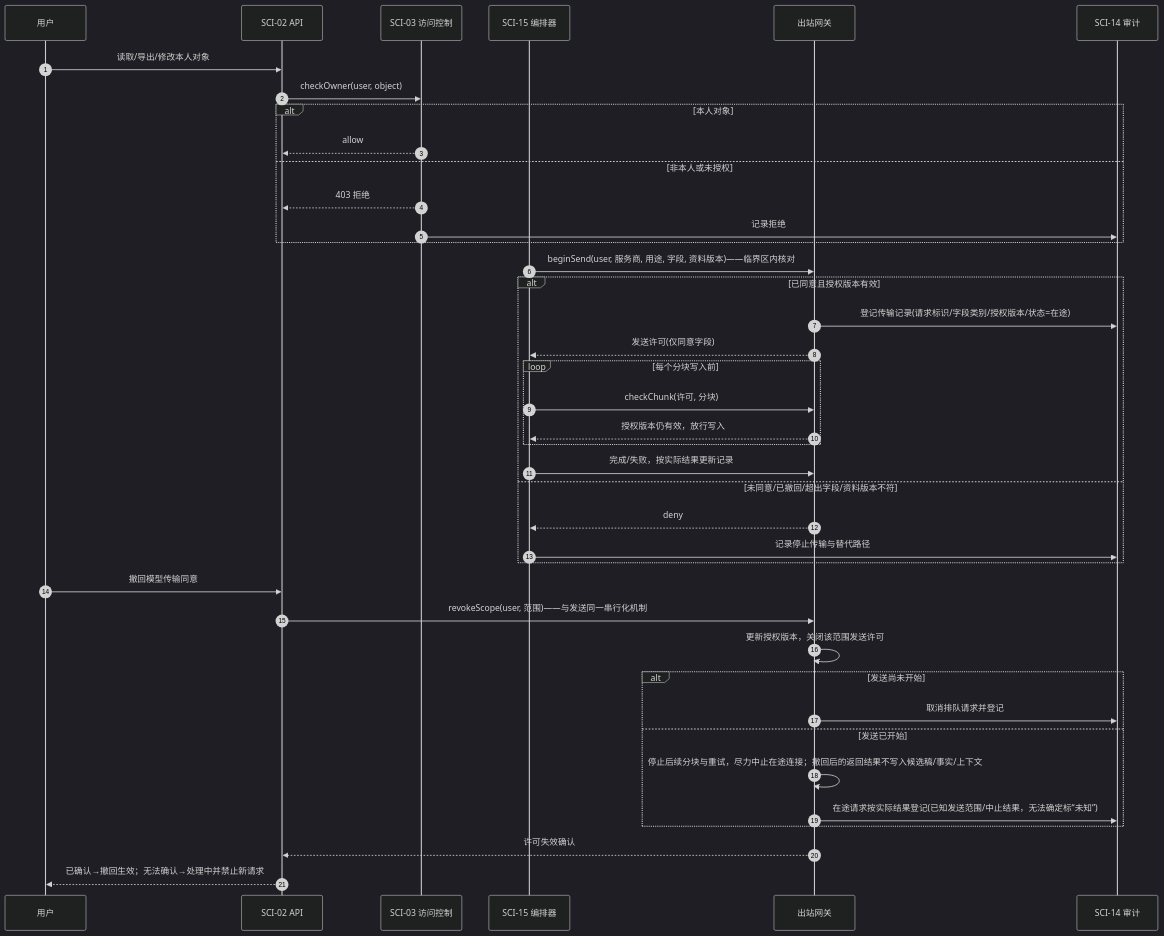
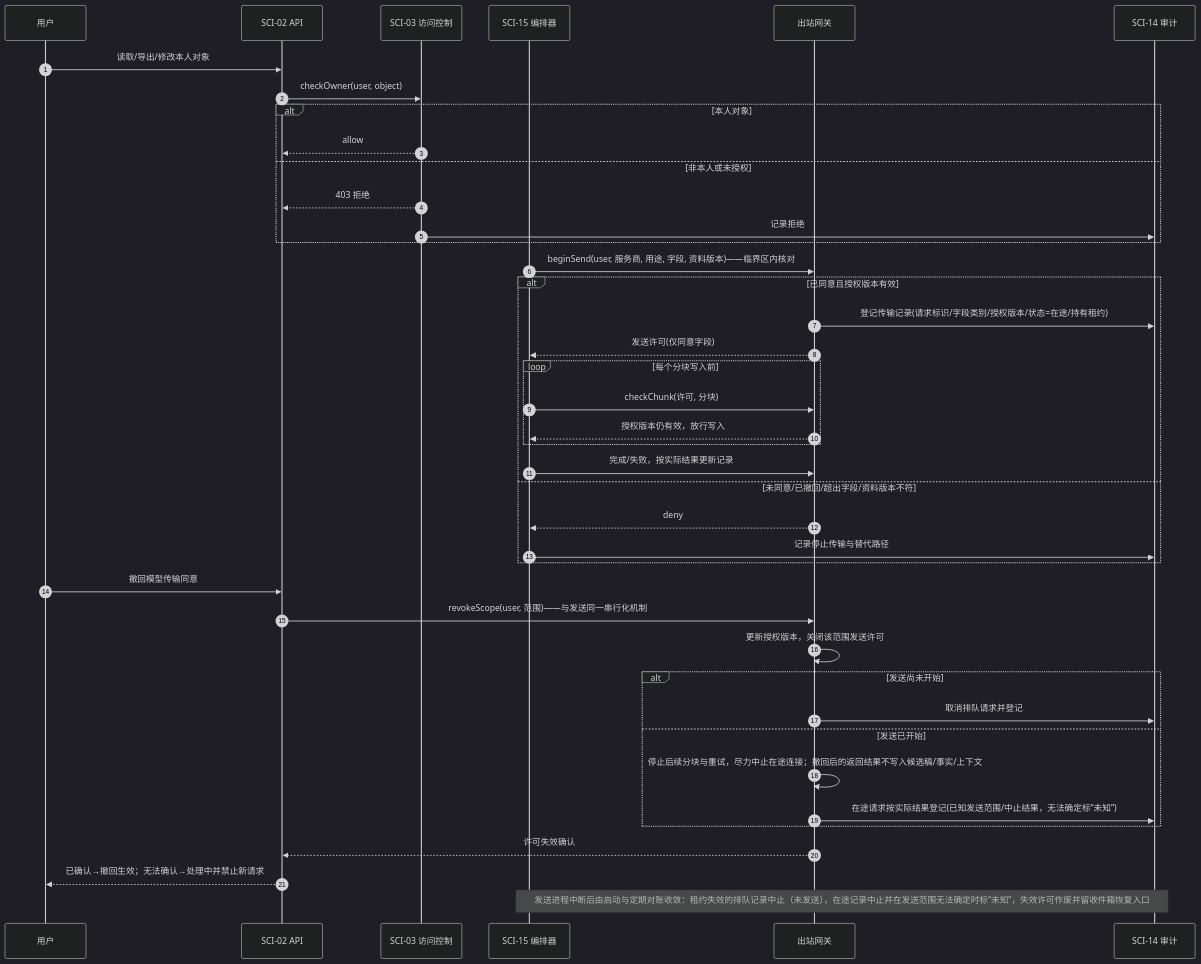
Before and after one commit to LotteryCamp/OfferPilot: diagram 18 of 23 in docs/design/system-design/offerpilot-system-design.md, drawn with Mermaid (dark theme). The commit also changed other lines of this file, not shown here.

````diff
--- a/docs/design/system-design/offerpilot-system-design.md
+++ b/docs/design/system-design/offerpilot-system-design.md
@@ -1502,42 +1505,43 @@
 ```mermaid
 sequenceDiagram
     autonumber
     participant USR as 用户
     participant API as SCI-02 API
     participant AU as SCI-03 访问控制
     participant AG as SCI-15 编排器
     participant GW as 出站网关
     participant AUD as SCI-14 审计
     USR->>API: 读取/导出/修改本人对象
     API->>AU: checkOwner(user, object)
     alt 本人对象
         AU-->>API: allow
     else 非本人或未授权
         AU-->>API: 403 拒绝
         AU->>AUD: 记录拒绝
     end
     AG->>GW: beginSend(user, 服务商, 用途, 字段, 资料版本)——临界区内核对
     alt 已同意且授权版本有效
-        GW->>AUD: 登记传输记录(请求标识/字段类别/授权版本/状态=在途)
+        GW->>AUD: 登记传输记录(请求标识/字段类别/授权版本/状态=在途/持有租约)
         GW-->>AG: 发送许可(仅同意字段)
         loop 每个分块写入前
             AG->>GW: checkChunk(许可, 分块)
             GW-->>AG: 授权版本仍有效，放行写入
         end
         AG->>GW: 完成/失败，按实际结果更新记录
     else 未同意/已撤回/超出字段/资料版本不符
         GW-->>AG: deny
         AG->>AUD: 记录停止传输与替代路径
     end
     USR->>API: 撤回模型传输同意
     API->>GW: revokeScope(user, 范围)——与发送同一串行化机制
     GW->>GW: 更新授权版本，关闭该范围发送许可
     alt 发送尚未开始
         GW->>AUD: 取消排队请求并登记
     else 发送已开始
         GW->>GW: 停止后续分块与重试，尽力中止在途连接；撤回后的返回结果不写入候选稿/事实/上下文
         GW->>AUD: 在途请求按实际结果登记(已知发送范围/中止结果，无法确定标“未知”)
     end
     GW-->>API: 许可失效确认
     API-->>USR: 已确认→撤回生效；无法确认→处理中并禁止新请求
+    note over AG,AUD: 发送进程中断后由启动与定期对账收敛：租约失效的排队记录中止（未发送），在途记录中止并在发送范围无法确定时标“未知”，失效许可作废并留收件箱恢复入口
 ```
````
